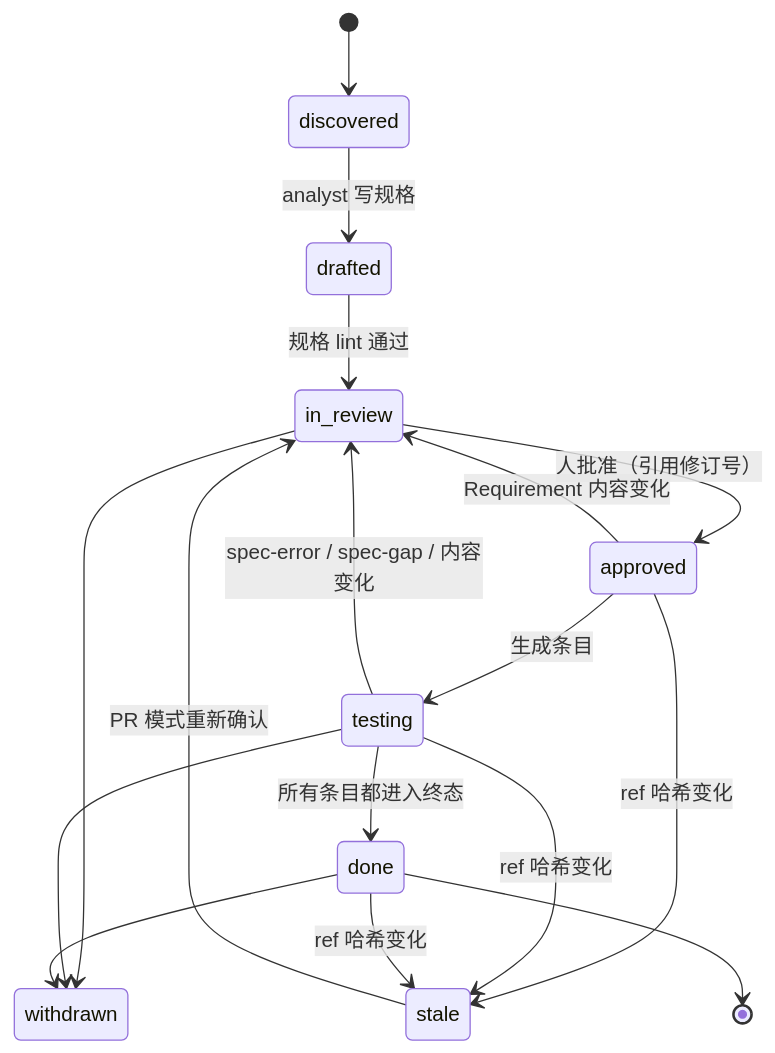
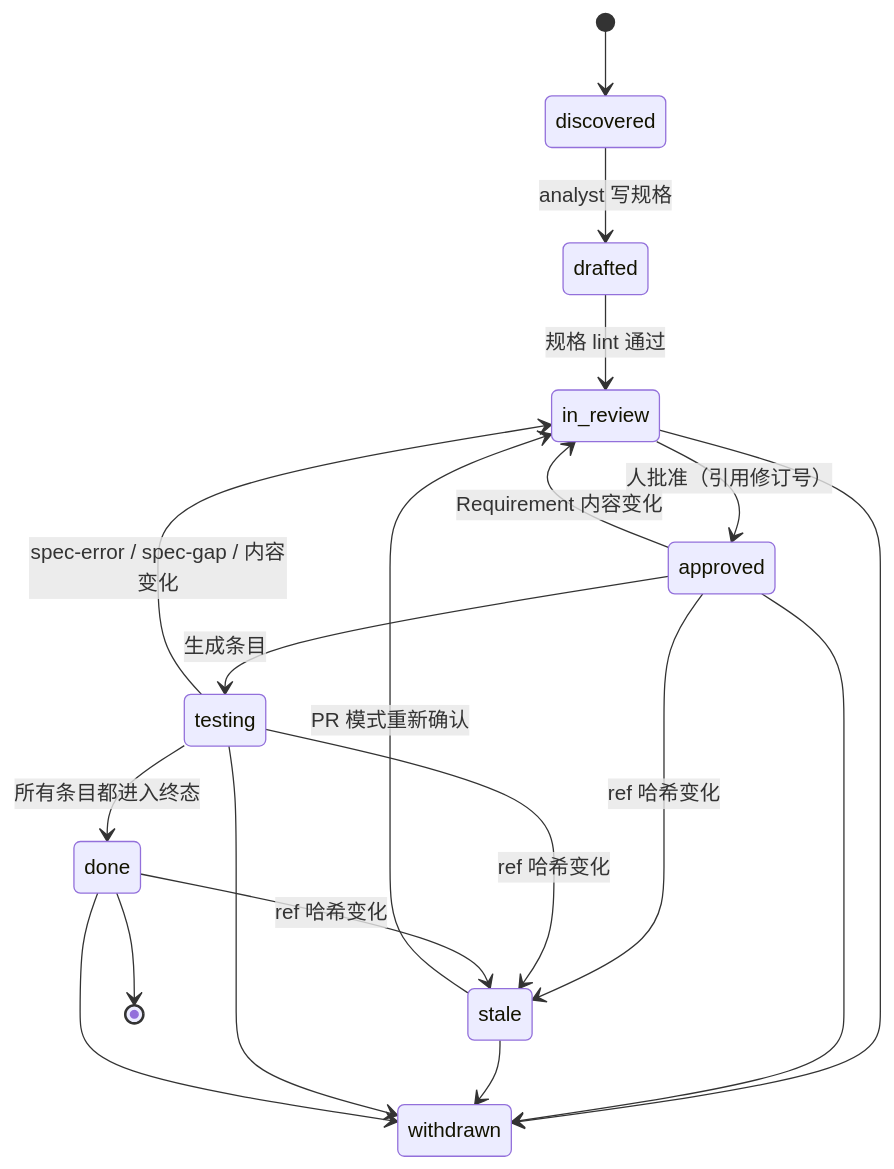
The diagram in plan.md (JojunY/generic-testing-agent), drawn with Mermaid before and after one commit. The commit also changed other lines of this file, not shown here.

````diff
--- a/plan.md
+++ b/plan.md
@@ -599,19 +599,21 @@
 ```mermaid
 stateDiagram-v2
   [*] --> discovered
   discovered --> drafted : analyst 写规格
   drafted --> in_review : 规格 lint 通过
   in_review --> approved : 人批准（引用修订号）
   approved --> testing : 生成条目
   testing --> done : 所有条目都进入终态
   approved --> in_review : Requirement 内容变化
   testing --> in_review : spec-error / spec-gap / 内容变化
   approved --> stale : ref 哈希变化
   testing --> stale : ref 哈希变化
   done --> stale : ref 哈希变化
   stale --> in_review : PR 模式重新确认
   in_review --> withdrawn
+  approved --> withdrawn
+  stale --> withdrawn
   testing --> withdrawn
   done --> withdrawn
   done --> [*]
 ```
````
